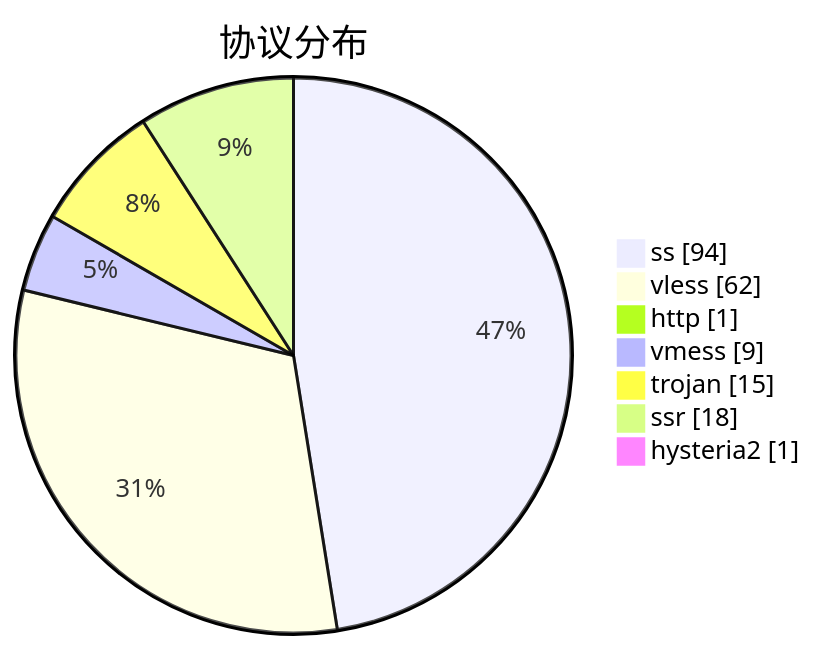
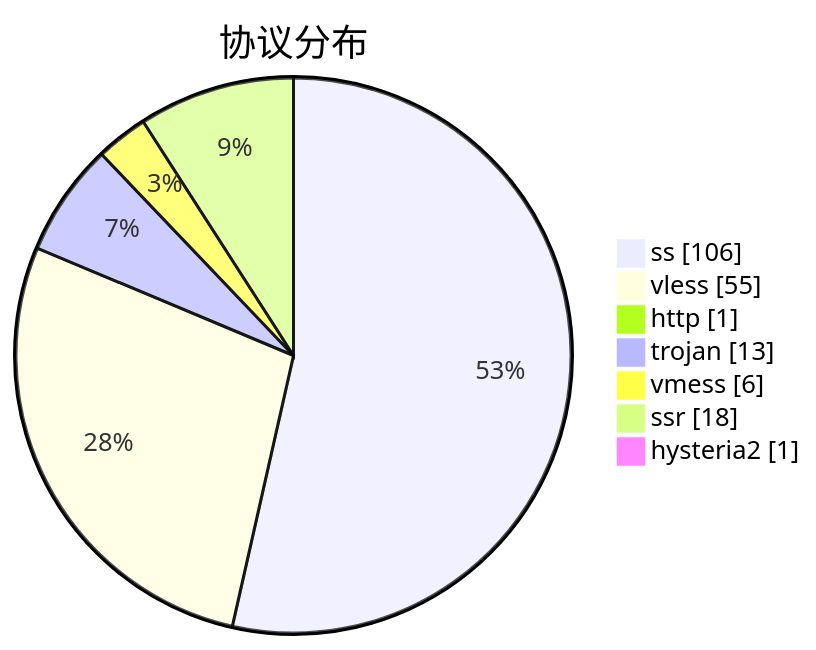
One commit to qjlxg/airport changed the third of 3 diagrams in subs/statistics/tested_within.md. Above: the diagram before and after it, drawn with Mermaid. The commit also changed other lines of this file and 2 other files, not shown here.

````diff
--- a/subs/statistics/tested_within.md
+++ b/subs/statistics/tested_within.md
@@ -27,11 +29,11 @@
 ```mermaid
 pie showData
 title 协议分布
-"ss" : 94
-"vless" : 62
+"ss" : 106
+"vless" : 55
 "http" : 1
-"vmess" : 9
-"trojan" : 15
+"trojan" : 13
+"vmess" : 6
 "ssr" : 18
 "hysteria2" : 1
 ```
````
